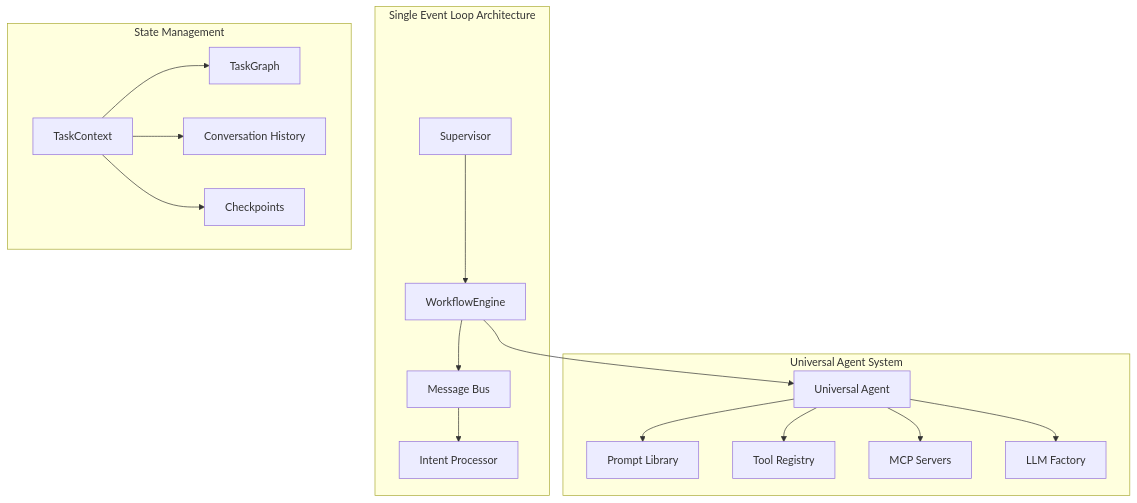
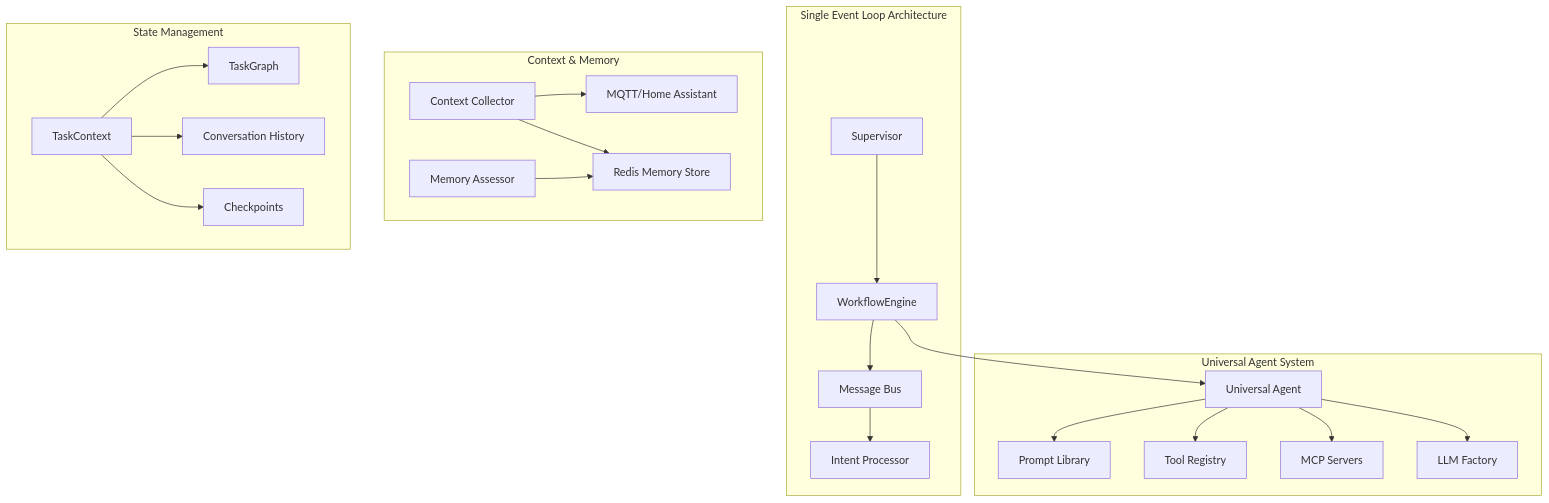
One commit to lenaxia/generative-agent changed the diagram in README.md. Above: the diagram before and after it, drawn with Mermaid. The commit also changed other lines of this file, not shown here.

First line of the commit message:
docs: Comprehensive README.md update reflecting current architecture

````diff
--- a/README.md
+++ b/README.md
@@ -134,22 +129,28 @@
 ```mermaid
 graph TD
     subgraph "Universal Agent System"
         UA[Universal Agent] --> PL[Prompt Library]
         UA --> TR[Tool Registry]
         UA --> MCP[MCP Servers]
         UA --> LLM[LLM Factory]
     end
 
     subgraph "Single Event Loop Architecture"
         S[Supervisor] --> WE[WorkflowEngine]
         WE --> UA
         WE --> MB[Message Bus]
         MB --> IP[Intent Processor]
     end
 
+    subgraph "Context & Memory"
+        CC[Context Collector] --> MQTT[MQTT/Home Assistant]
+        CC --> REDIS[Redis Memory Store]
+        MA[Memory Assessor] --> REDIS
+    end
+
     subgraph "State Management"
         TC[TaskContext] --> TG[TaskGraph]
         TC --> CH[Conversation History]
         TC --> CP[Checkpoints]
     end
 ```
````
